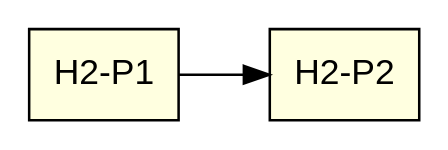
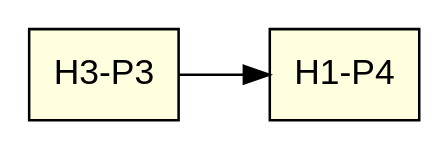
The diagram in 1_Grafica.dot (Javier-201906795/IPC2_Proyecto2_201906795), drawn with Graphviz before and after one commit. The commit also changed 3 other files, not shown here.

```diff
--- a/1_Grafica.dot
+++ b/1_Grafica.dot
@@ -1,15 +1,15 @@
 digraph ColaPacientes {
     graph [rankdir=LR];
     node [shape=box, style=filled, fillcolor=lightyellow, fontname="Helvetica"];
 
     
 
-        n1 [label="H2-P1"];
+        n1 [label="H3-P3"];
 
     
-        n2 [label="H2-P2"];
+        n2 [label="H1-P4"];
 
     
             n1 -> n2;
         
 }
```
